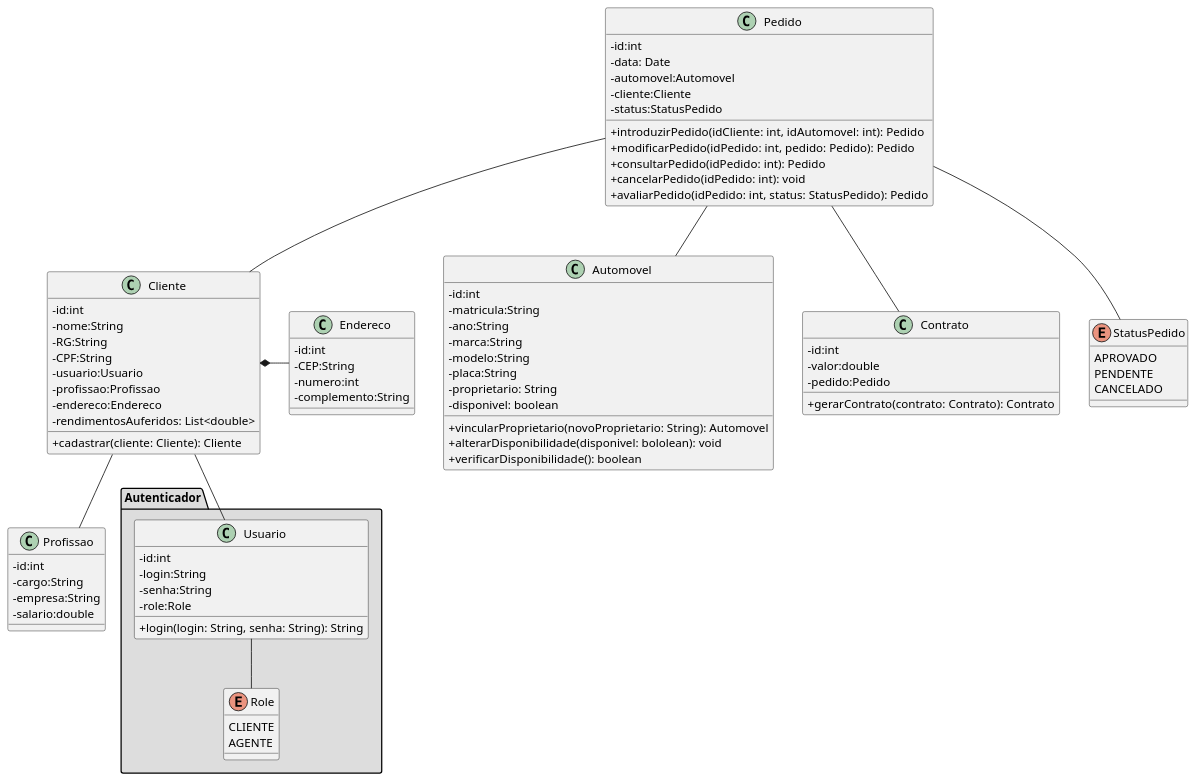
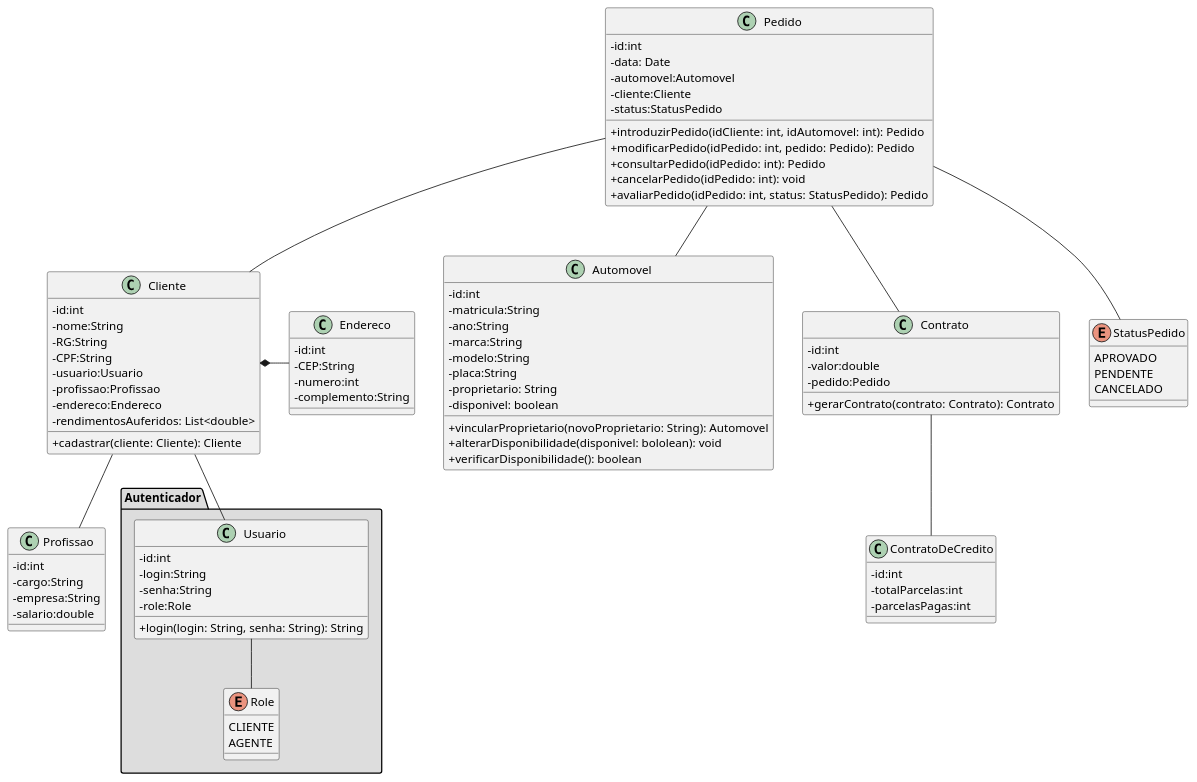
The diagram in projeto/DiagramaDeClasse/diagramaDeClasse.puml (pedromaximocampos/Laboratorio-Desenvolvimento-02), drawn with PlantUML before and after one commit.

Commit message:
docs: Adicao de contrato de credito

```diff
--- a/projeto/DiagramaDeClasse/diagramaDeClasse.puml
+++ b/projeto/DiagramaDeClasse/diagramaDeClasse.puml
@@ -1,102 +1,112 @@
 @startuml
 skinparam classAttributeIconSize 0
 
 package "Autenticador" #DDDDDD {
 
 class Usuario{
 -id:int
 -login:String
 -senha:String
 -role:Role
 
 +login(login: String, senha: String): String
 }
 
 enum Role{
     CLIENTE
     AGENTE
 }
 
 Usuario -- Role
 }
 
 class Cliente{
  -id:int
  -nome:String
  -RG:String
  -CPF:String
  -usuario:Usuario
  -profissao:Profissao
  -endereco:Endereco
  -rendimentosAuferidos: List<double>
 
  +cadastrar(cliente: Cliente): Cliente
 }
 
 class Endereco{
 -id:int
 -CEP:String
 -numero:int
 -complemento:String
 }
 
 class Profissao{
 -id:int
 -cargo:String
 -empresa:String
 -salario:double
 }
 
 class Automovel{
 -id:int
 -matricula:String
 -ano:String
 -marca:String
 -modelo:String
 -placa:String
 -proprietario: String
 -disponivel: boolean
 
 +vincularProprietario(novoProprietario: String): Automovel
 +alterarDisponibilidade(disponivel: bololean): void
 +verificarDisponibilidade(): boolean
 }
 
 class Contrato{
 -id:int
 -valor:double
 -pedido:Pedido
 
 +gerarContrato(contrato: Contrato): Contrato
 }
 
+class ContratoDeCredito{
+-id:int
+-totalParcelas:int
+-parcelasPagas:int
+}
+
+
 class Pedido{
 -id:int
 -data: Date
 -automovel:Automovel
 -cliente:Cliente
 -status:StatusPedido
 
 +introduzirPedido(idCliente: int, idAutomovel: int): Pedido
 +modificarPedido(idPedido: int, pedido: Pedido): Pedido
 +consultarPedido(idPedido: int): Pedido
 +cancelarPedido(idPedido: int): void
 +avaliarPedido(idPedido: int, status: StatusPedido): Pedido
 }
+
 
 enum StatusPedido{
     APROVADO
     PENDENTE
     CANCELADO
 }
 
 Pedido -- Cliente
 Pedido -- Automovel
 Pedido -- Contrato
 Pedido -- StatusPedido
 
 Cliente -- Usuario
 Cliente -- Profissao
 Cliente *- Endereco
 
+Contrato -- ContratoDeCredito
+
 @enduml
```
